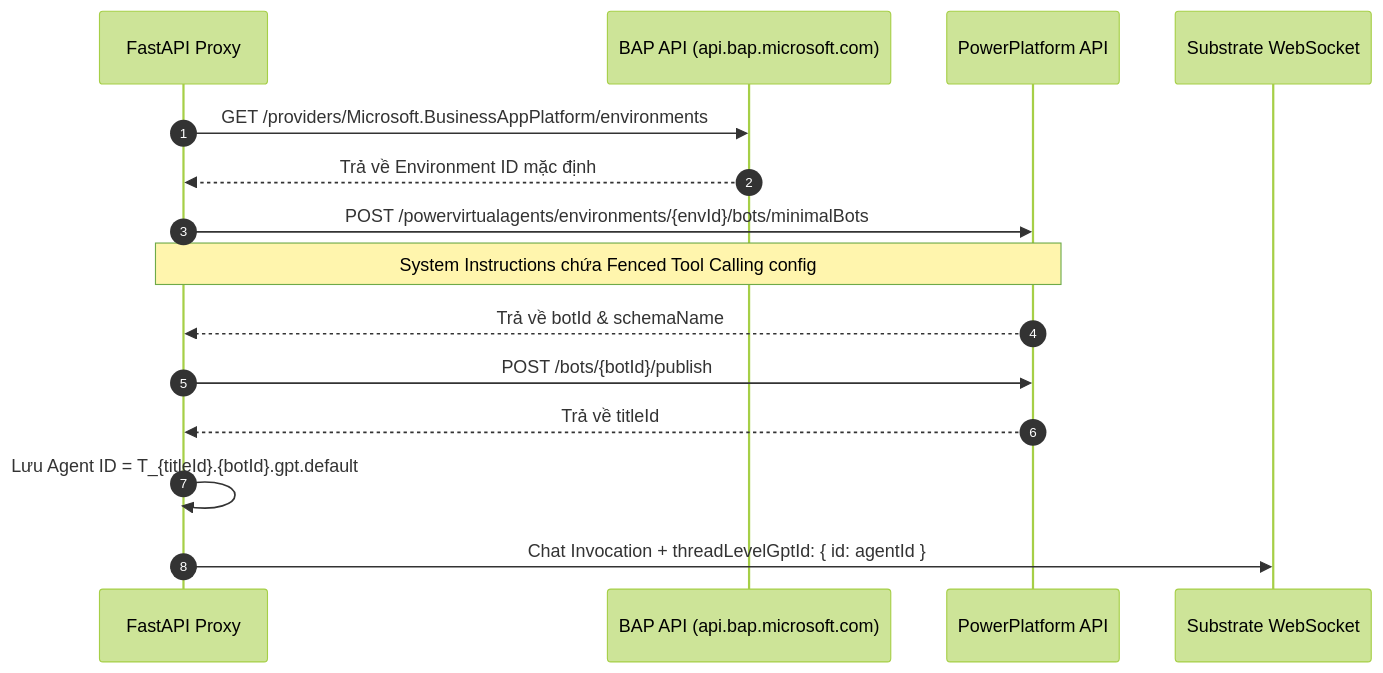
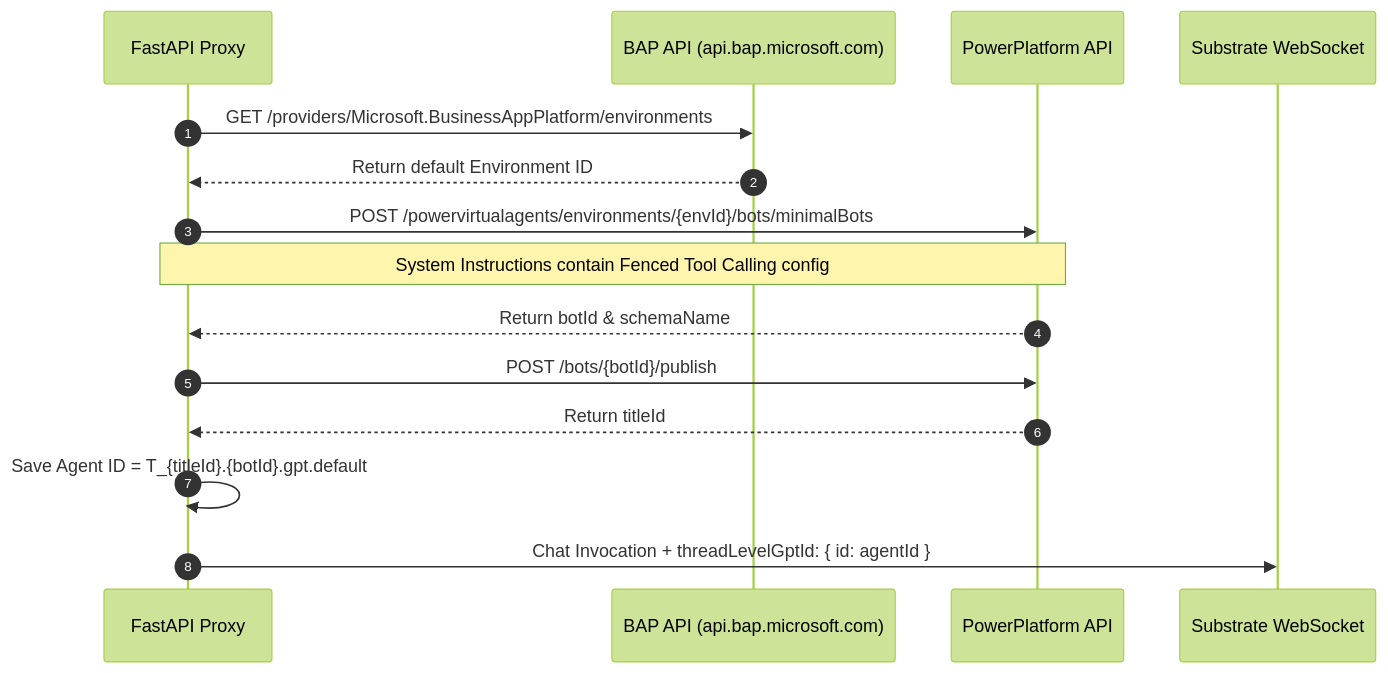
The sixth of 9 diagrams in docs/SRS.md (lamdt1/ms-copilot365-2api), drawn with Mermaid (forest theme) before and after one commit. The commit also changed other lines of this file, not shown here.

````diff
--- a/docs/SRS.md
+++ b/docs/SRS.md
@@ -612,18 +612,18 @@
 ```mermaid
 sequenceDiagram
     autonumber
     participant Proxy as FastAPI Proxy
     participant BAP as BAP API (api.bap.microsoft.com)
     participant PP as PowerPlatform API
     participant WS as Substrate WebSocket
 
     Proxy->>BAP: GET /providers/Microsoft.BusinessAppPlatform/environments
-    BAP-->>Proxy: Trả về Environment ID mặc định
+    BAP-->>Proxy: Return default Environment ID
     Proxy->>PP: POST /powervirtualagents/environments/{envId}/bots/minimalBots
-    Note over Proxy,PP: System Instructions chứa Fenced Tool Calling config
-    PP-->>Proxy: Trả về botId & schemaName
+    Note over Proxy,PP: System Instructions contain Fenced Tool Calling config
+    PP-->>Proxy: Return botId & schemaName
     Proxy->>PP: POST /bots/{botId}/publish
-    PP-->>Proxy: Trả về titleId
-    Proxy->>Proxy: Lưu Agent ID = T_{titleId}.{botId}.gpt.default
+    PP-->>Proxy: Return titleId
+    Proxy->>Proxy: Save Agent ID = T_{titleId}.{botId}.gpt.default
     Proxy->>WS: Chat Invocation + threadLevelGptId: { id: agentId }
 ```
````
